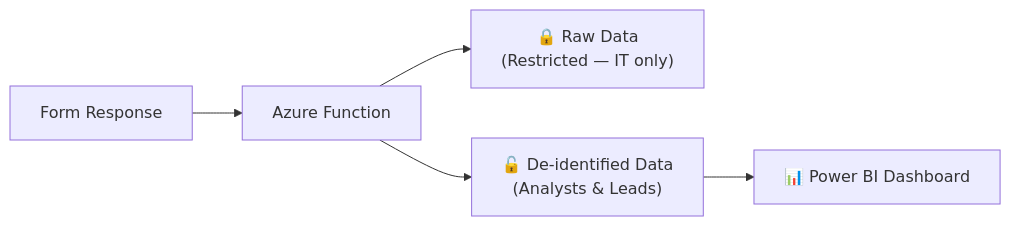
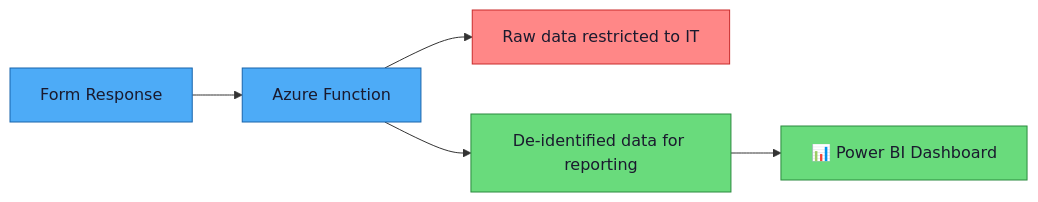
One commit to michaelhuot-msft/forms-to-fabric changed the second of 2 diagrams in docs/clinician-guide.md. Above: the diagram before and after it, drawn with Mermaid. The commit also changed other lines of this file and 8 other files, not shown here.

````diff
--- a/docs/clinician-guide.md
+++ b/docs/clinician-guide.md
@@ -157,7 +165,17 @@
 ```mermaid
 graph LR
     A["Form Response"] --> B["Azure Function"]
-    B --> C["🔒 Raw Data<br/>(Restricted — IT only)"]
-    B --> D["🔓 De-identified Data<br/>(Analysts & Leads)"]
+    B --> C["Raw data restricted to IT"]
+    B --> D["De-identified data for reporting"]
     D --> E["📊 Power BI Dashboard"]
+
+    classDef primary fill:#4dabf7,stroke:#1864ab,color:#1a1a2e
+    classDef danger fill:#ff8787,stroke:#c92a2a,color:#1a1a2e
+    classDef success fill:#69db7c,stroke:#2b8a3e,color:#1a1a2e
+
+    A:::primary
+    B:::primary
+    C:::danger
+    D:::success
+    E:::success
 ```
````
